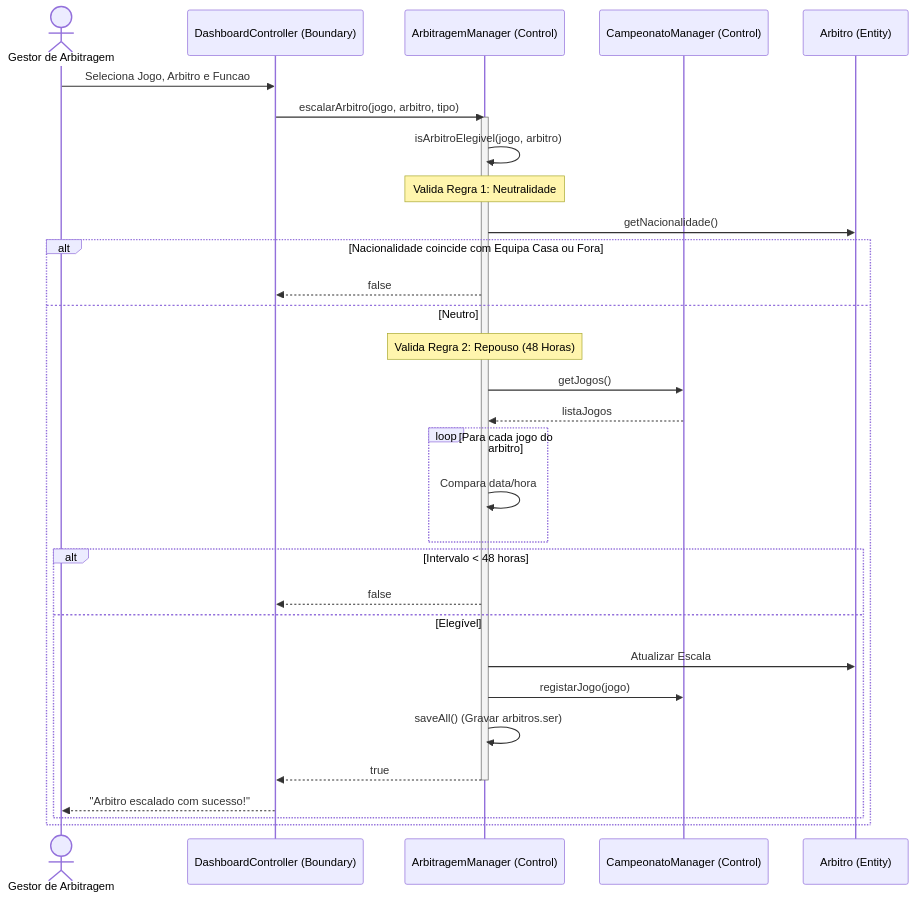
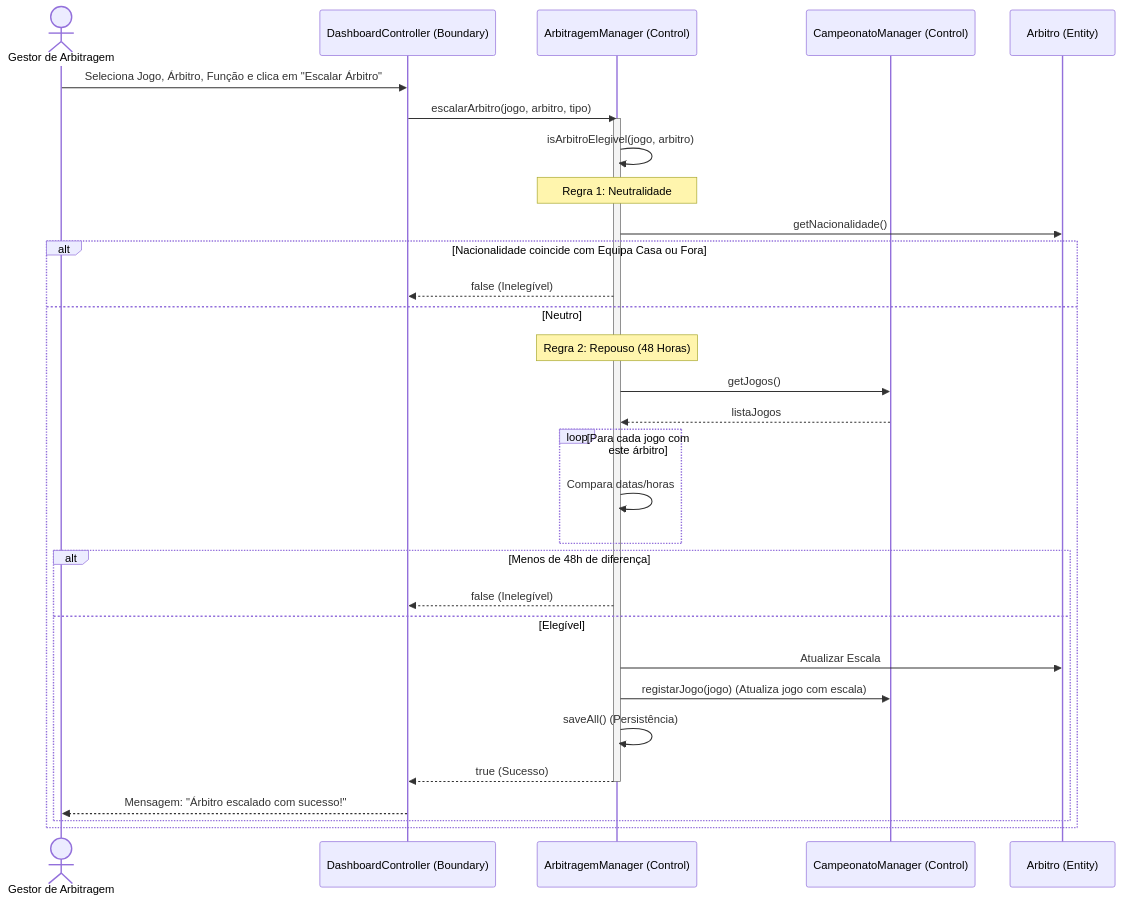
The fourth of 6 diagrams in documentacao_fase2/9_diagramas_sequencia_mermaid.md (experimentos373-creator/ES), drawn with Mermaid before and after one commit. The commit also changed other lines of this file, not shown here.

Commit message:
docs: add Mermaid sequence diagrams markdown file for GitHub rendering

````diff
--- a/documentacao_fase2/9_diagramas_sequencia_mermaid.md
+++ b/documentacao_fase2/9_diagramas_sequencia_mermaid.md
@@ -88,35 +115,36 @@
 ```mermaid
 sequenceDiagram
     actor GA as Gestor de Arbitragem
     participant B as DashboardController (Boundary)
     participant C as ArbitragemManager (Control)
     participant CM as CampeonatoManager (Control)
     participant E as Arbitro (Entity)
 
-    GA->>B: Seleciona Jogo, Arbitro e Funcao
+    GA->>B: Seleciona Jogo, Árbitro, Função e clica em "Escalar Árbitro"
     B->>C: escalarArbitro(jogo, arbitro, tipo)
     activate C
     C->>C: isArbitroElegivel(jogo, arbitro)
-    Note over C: Valida Regra 1: Neutralidade
+    
+    Note over C: Regra 1: Neutralidade
     C->>E: getNacionalidade()
     alt Nacionalidade coincide com Equipa Casa ou Fora
-        C-->>B: false
+        C-->>B: false (Inelegível)
     else Neutro
-        Note over C: Valida Regra 2: Repouso (48 Horas)
+        Note over C: Regra 2: Repouso (48 Horas)
         C->>CM: getJogos()
         CM-->>C: listaJogos
-        loop Para cada jogo do arbitro
-            C->>C: Compara data/hora
+        loop Para cada jogo com este árbitro
+            C->>C: Compara datas/horas
         end
-        alt Intervalo < 48 horas
-            C-->>B: false
+        alt Menos de 48h de diferença
+            C-->>B: false (Inelegível)
         else Elegível
             C->>E: Atualizar Escala
-            C->>CM: registarJogo(jogo)
-            C->>C: saveAll() (Gravar arbitros.ser)
-            C-->>B: true
+            C->>CM: registarJogo(jogo) (Atualiza jogo com escala)
+            C->>C: saveAll() (Persistência)
+            C-->>B: true (Sucesso)
             deactivate C
-            B-->>GA: "Arbitro escalado com sucesso!"
+            B-->>GA: Mensagem: "Árbitro escalado com sucesso!"
         end
     end
 ```
````
